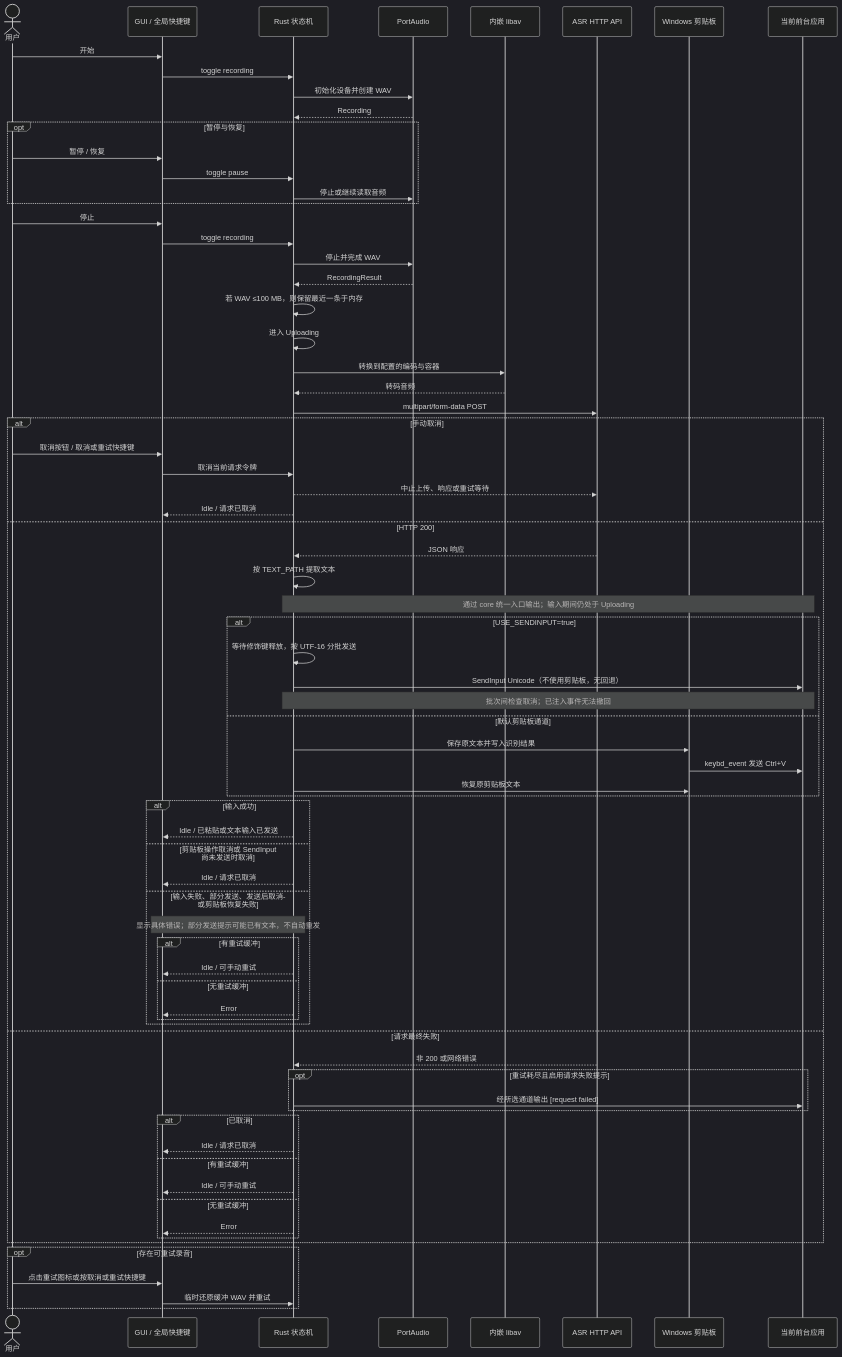
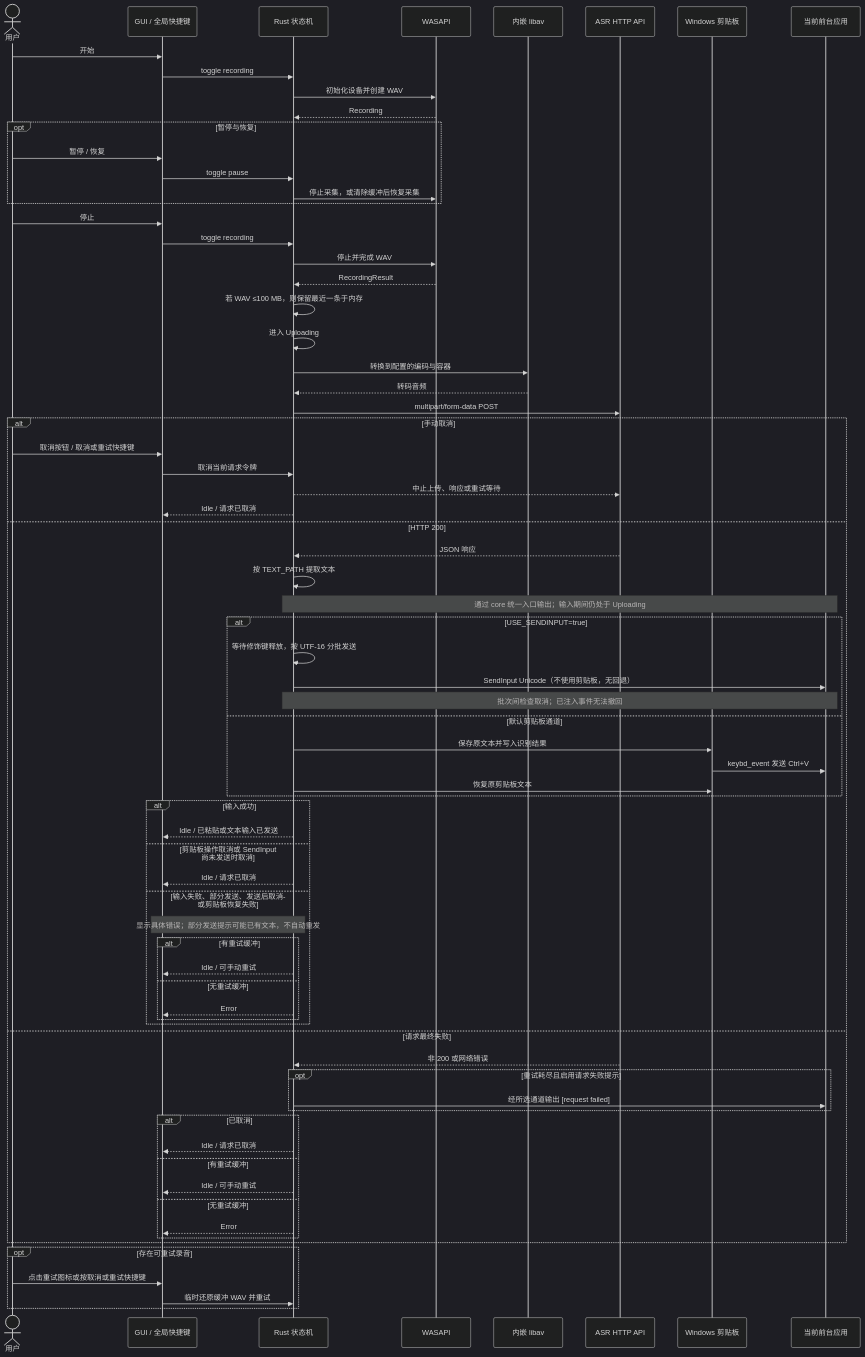
Before and after one commit to Joey-Kot/STT-for-Windows: the second of 3 diagrams in README_ZH.md, drawn with Mermaid (dark theme). The commit also changed other lines of this file and 29 other files, not shown here.

````diff
--- a/README_ZH.md
+++ b/README_ZH.md
@@ -102,81 +103,81 @@
 ```mermaid
 sequenceDiagram
     actor User as 用户
     participant Control as GUI / 全局快捷键
     participant Runtime as Rust 状态机
-    participant Recorder as PortAudio
+    participant Recorder as WASAPI
     participant Converter as 内嵌 libav
     participant ASR as ASR HTTP API
     participant Clipboard as Windows 剪贴板
     participant App as 当前前台应用
 
     User->>Control: 开始
     Control->>Runtime: toggle recording
     Runtime->>Recorder: 初始化设备并创建 WAV
     Recorder-->>Runtime: Recording
 
     opt 暂停与恢复
         User->>Control: 暂停 / 恢复
         Control->>Runtime: toggle pause
-        Runtime->>Recorder: 停止或继续读取音频
+        Runtime->>Recorder: 停止采集，或清除缓冲后恢复采集
     end
 
     User->>Control: 停止
     Control->>Runtime: toggle recording
     Runtime->>Recorder: 停止并完成 WAV
     Recorder-->>Runtime: RecordingResult
     Runtime->>Runtime: 若 WAV ≤100 MB，则保留最近一条于内存
     Runtime->>Runtime: 进入 Uploading
     Runtime->>Converter: 转换到配置的编码与容器
     Converter-->>Runtime: 转码音频
     Runtime->>ASR: multipart/form-data POST
 
     alt 手动取消
         User->>Control: 取消按钮 / 取消或重试快捷键
         Control->>Runtime: 取消当前请求令牌
         Runtime-->>ASR: 中止上传、响应或重试等待
         Runtime-->>Control: Idle / 请求已取消
     else HTTP 200
         ASR-->>Runtime: JSON 响应
         Runtime->>Runtime: 按 TEXT_PATH 提取文本
         Note over Runtime,App: 通过 core 统一入口输出；输入期间仍处于 Uploading
         alt USE_SENDINPUT=true
             Runtime->>Runtime: 等待修饰键释放，按 UTF-16 分批发送
             Runtime->>App: SendInput Unicode（不使用剪贴板，无回退）
             Note over Runtime,App: 批次间检查取消；已注入事件无法撤回
         else 默认剪贴板通道
             Runtime->>Clipboard: 保存原文本并写入识别结果
             Clipboard->>App: keybd_event 发送 Ctrl+V
             Runtime->>Clipboard: 恢复原剪贴板文本
         end
         alt 输入成功
             Runtime-->>Control: Idle / 已粘贴或文本输入已发送
         else 剪贴板操作取消或 SendInput 尚未发送时取消
             Runtime-->>Control: Idle / 请求已取消
         else 输入失败、部分发送、发送后取消或剪贴板恢复失败
             Note over Runtime,Control: 显示具体错误；部分发送提示可能已有文本，不自动重发
             alt 有重试缓冲
                 Runtime-->>Control: Idle / 可手动重试
             else 无重试缓冲
                 Runtime-->>Control: Error
             end
         end
     else 请求最终失败
         ASR-->>Runtime: 非 200 或网络错误
         opt 重试耗尽且启用请求失败提示
             Runtime->>App: 经所选通道输出 [request failed]
         end
         alt 已取消
             Runtime-->>Control: Idle / 请求已取消
         else 有重试缓冲
             Runtime-->>Control: Idle / 可手动重试
         else 无重试缓冲
             Runtime-->>Control: Error
         end
     end
 
     opt 存在可重试录音
         User->>Control: 点击重试图标或按取消或重试快捷键
         Control->>Runtime: 临时还原缓冲 WAV 并重试
     end
 ```
````
